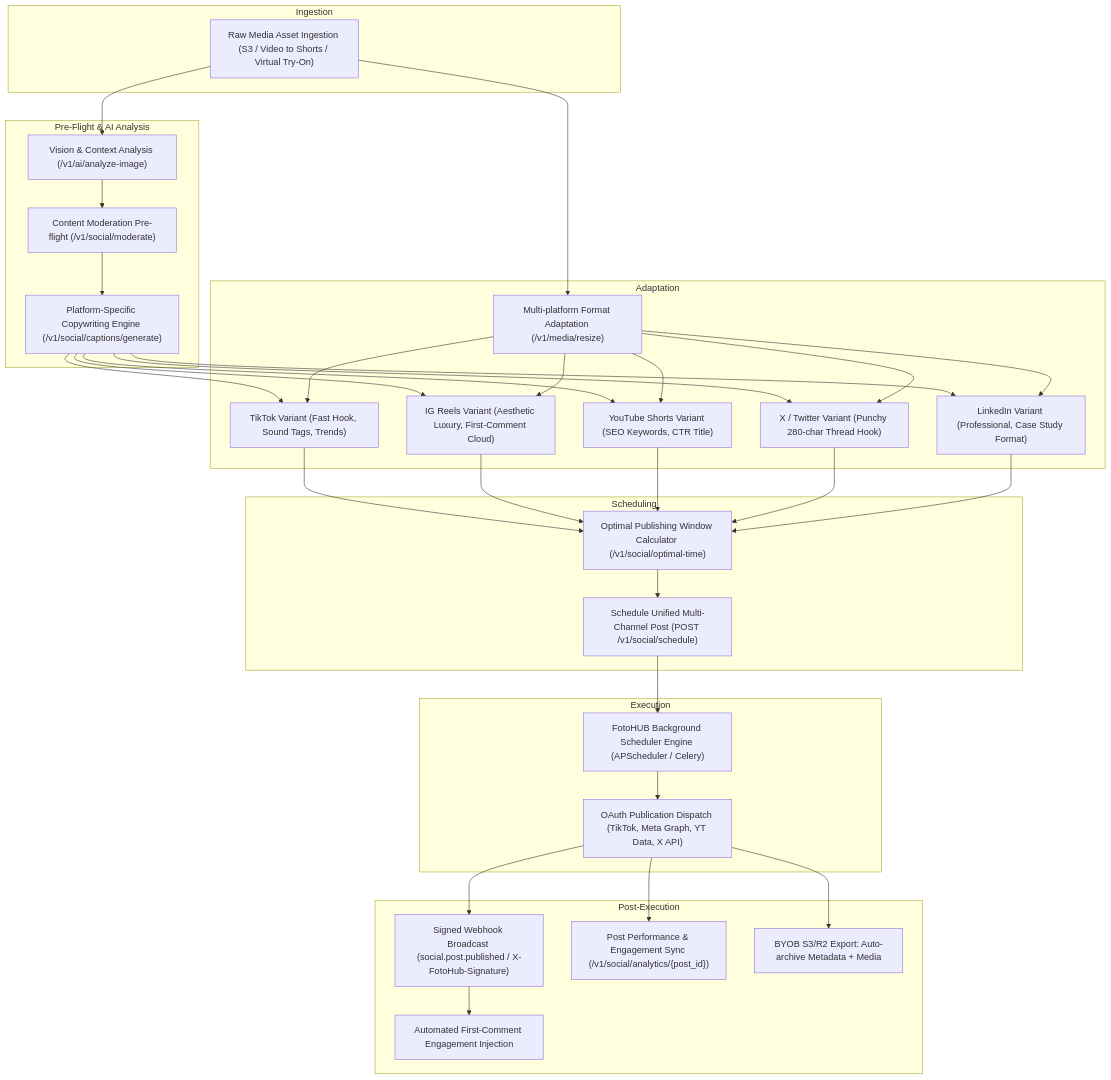
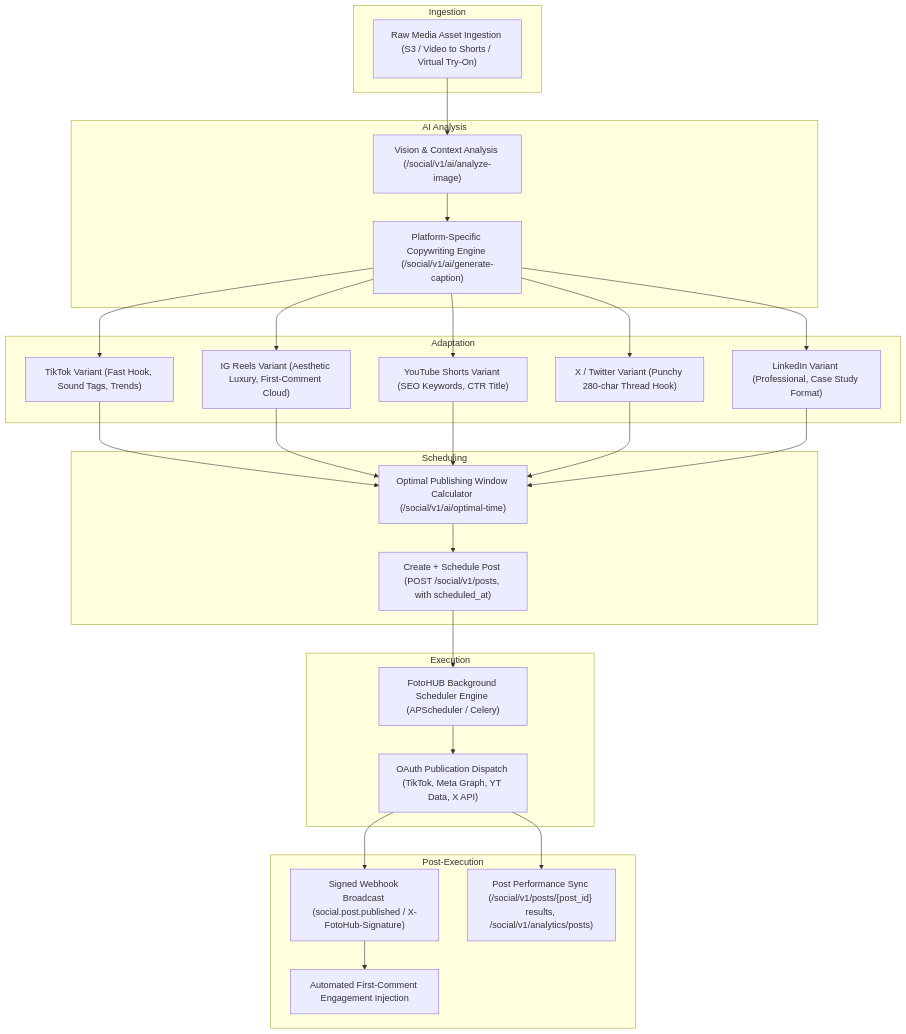
Before and after one commit to fotohubapp/docs: the diagram in recipes/social-auto-publisher.md, drawn with Mermaid. The commit also changed other lines of this file and 91 other files, not shown here.

````diff
--- a/recipes/social-auto-publisher.md
+++ b/recipes/social-auto-publisher.md
@@ -15,44 +15,35 @@
 ```mermaid
 flowchart TD
     subgraph Ingestion
         A["Raw Media Asset Ingestion (S3 / Video to Shorts / Virtual Try-On)"] 
     end
     
-    subgraph Pre-Flight & AI Analysis
-        A --> B["Vision & Context Analysis (/v1/ai/analyze-image)"]
-        B --> MOD["Content Moderation Pre-flight (/v1/social/moderate)"]
-        MOD --> C["Platform-Specific Copywriting Engine (/v1/social/captions/generate)"]
+    subgraph AI Analysis
+        A --> B["Vision & Context Analysis (/social/v1/ai/analyze-image)"]
+        B --> C["Platform-Specific Copywriting Engine (/social/v1/ai/generate-caption)"]
     end
     
     subgraph Adaptation
         C --> D1["TikTok Variant (Fast Hook, Sound Tags, Trends)"]
         C --> D2["IG Reels Variant (Aesthetic Luxury, First-Comment Cloud)"]
         C --> D3["YouTube Shorts Variant (SEO Keywords, CTR Title)"]
         C --> D4["X / Twitter Variant (Punchy 280-char Thread Hook)"]
         C --> D5["LinkedIn Variant (Professional, Case Study Format)"]
-        
-        A --> RESIZE["Multi-platform Format Adaptation (/v1/media/resize)"]
-        RESIZE --> D1
-        RESIZE --> D2
-        RESIZE --> D3
-        RESIZE --> D4
-        RESIZE --> D5
     end
     
     subgraph Scheduling
-        D1 & D2 & D3 & D4 & D5 --> E["Optimal Publishing Window Calculator (/v1/social/optimal-time)"]
-        E --> F["Schedule Unified Multi-Channel Post (POST /v1/social/schedule)"]
+        D1 & D2 & D3 & D4 & D5 --> E["Optimal Publishing Window Calculator (/social/v1/ai/optimal-time)"]
+        E --> F["Create + Schedule Post (POST /social/v1/posts, with scheduled_at)"]
     end
     
     subgraph Execution
         F --> G["FotoHUB Background Scheduler Engine (APScheduler / Celery)"]
         G --> H["OAuth Publication Dispatch (TikTok, Meta Graph, YT Data, X API)"]
     end
     
     subgraph Post-Execution
         H --> I["Signed Webhook Broadcast (social.post.published / X-FotoHub-Signature)"]
         I --> J["Automated First-Comment Engagement Injection"]
-        H --> K["Post Performance & Engagement Sync (/v1/social/analytics/{post_id})"]
-        H --> BYOB["BYOB S3/R2 Export: Auto-archive Metadata + Media"]
+        H --> K["Post Performance Sync (/social/v1/posts/{post_id} results, /social/v1/analytics/posts)"]
     end
 ```
````
